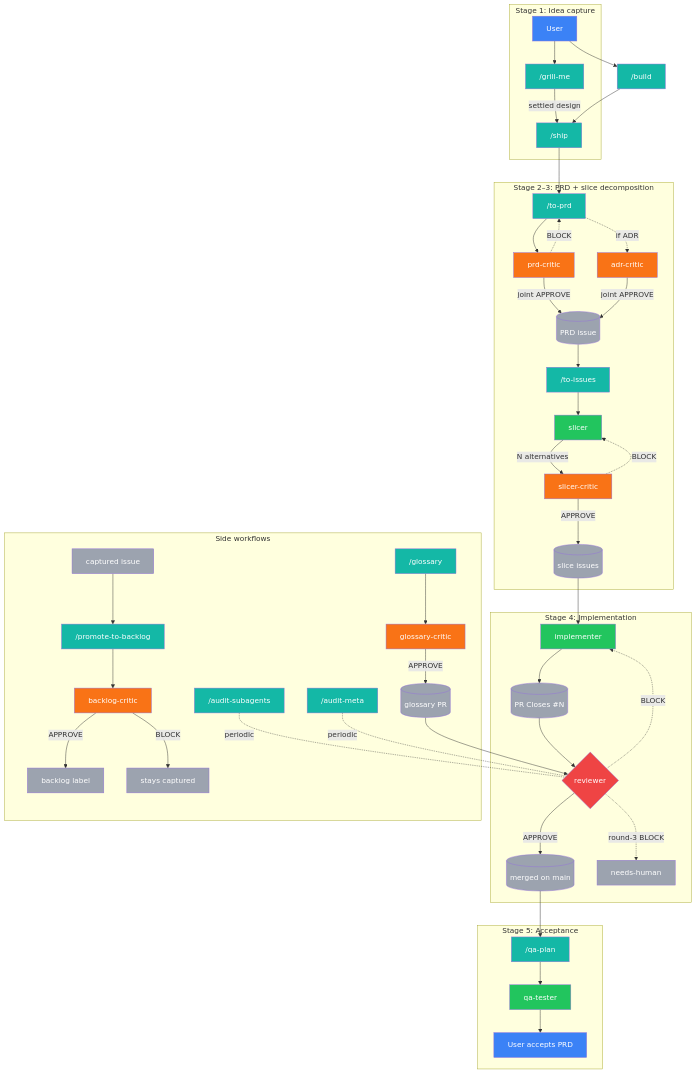
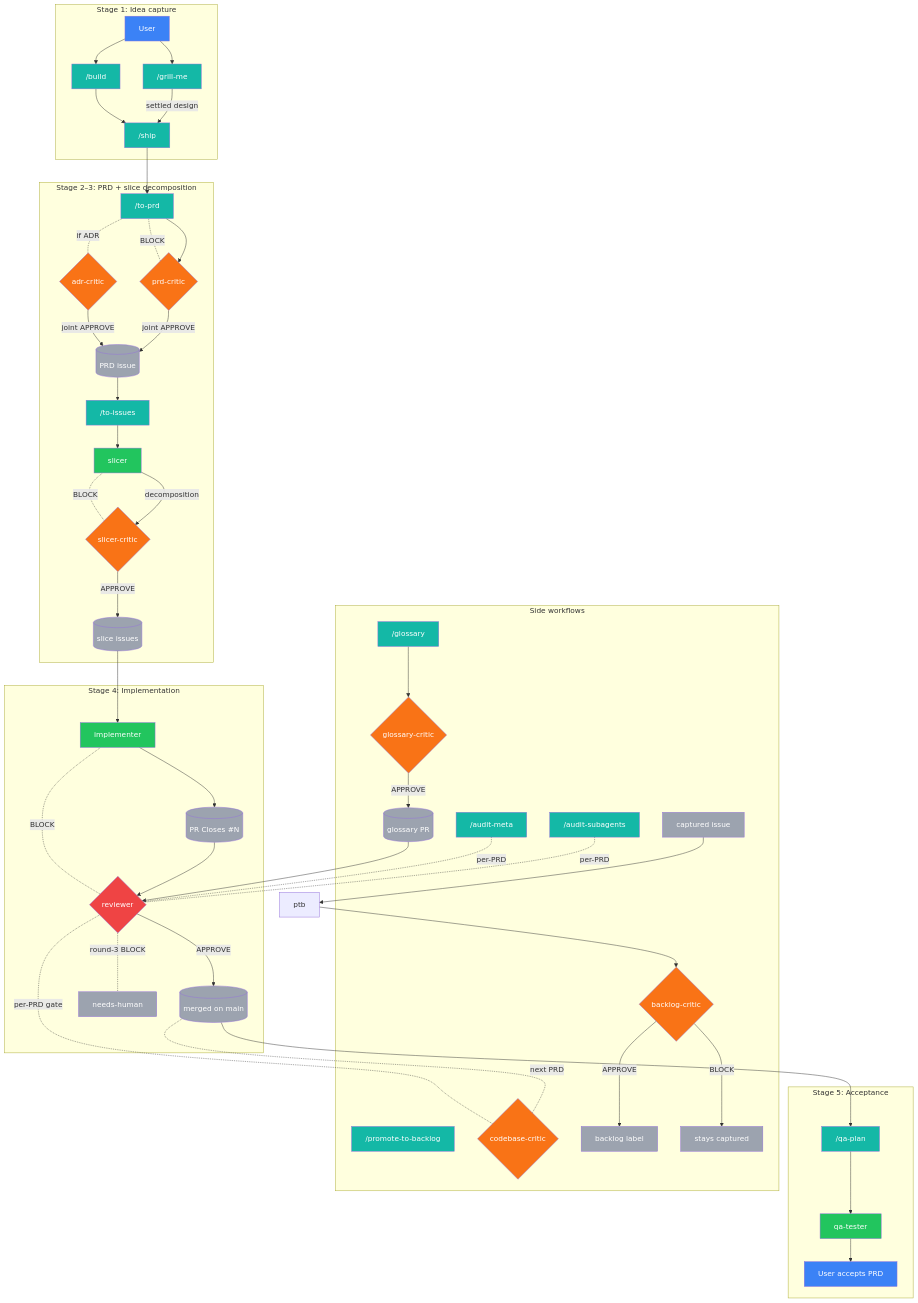
One commit to vojtech-stas/project-claude changed the diagram in README.md. Above: the diagram before and after it, drawn with Mermaid. The commit also changed other lines of this file and 4 other files, not shown here.

First line of the commit message:
feat(docs): render pipeline mermaid from spec + ADR-0047

````diff
--- a/README.md
+++ b/README.md
@@ -107,48 +107,81 @@
 ```mermaid
 flowchart TD
   subgraph S1["Stage 1: Idea capture"]
-    U1[User] --> grill_me["/grill-me"]
-    grill_me -->|settled design| ship["/ship"]
+    U1[User]
+    build["/build"]
+    grill_me["/grill-me"]
+    ship["/ship"]
   end
   subgraph S2["Stage 2–3: PRD + slice decomposition"]
-    ship --> to_prd["/to-prd"]
-    to_prd --> prd_critic[prd-critic]
-    to_prd -.if ADR.-> adr_critic[adr-critic]
-    prd_critic -->|joint APPROVE| prd_issue[(PRD issue)]
-    adr_critic -->|joint APPROVE| prd_issue
-    prd_critic -.BLOCK.-> to_prd
-    prd_issue --> to_issues["/to-issues"]
-    to_issues --> slicer[slicer]
-    slicer -->|N alternatives| slicer_critic[slicer-critic]
-    slicer_critic -->|APPROVE| slice_issues[(slice issues)]
-    slicer_critic -.BLOCK.-> slicer
+    to_prd["/to-prd"]
+    prd_critic{prd-critic}
+    adr_critic{adr-critic}
+    to_issues["/to-issues"]
+    slicer[slicer]
+    slicer_critic{slicer-critic}
+    prd_issue[(PRD issue)]
+    slice_issues[(slice issues)]
   end
   subgraph S3["Stage 4: Implementation"]
-    slice_issues --> implementer[implementer]
-    implementer --> pr[(PR Closes #N)]
-    pr --> reviewer{reviewer}
-    reviewer -->|APPROVE| merge[(merged on main)]
-    reviewer -.BLOCK.-> implementer
-    reviewer -.round-3 BLOCK.-> nh[needs-human]
+    implementer[implementer]
+    reviewer{reviewer}
+    pr[(PR Closes #N)]
+    merge[(merged on main)]
+    nh[needs-human]
   end
   subgraph S4["Stage 5: Acceptance"]
-    merge --> qa_plan["/qa-plan"]
-    qa_plan --> qa_tester[qa-tester]
-    qa_tester --> U2[User accepts PRD]
+    qa_plan["/qa-plan"]
+    qa_tester[qa-tester]
+    U2[User accepts PRD]
   end
   subgraph SS["Side workflows"]
-    audit_subagents["/audit-subagents"] -.periodic.- reviewer
-    audit_meta["/audit-meta"] -.periodic.- reviewer
-    glossary["/glossary"] --> glossary_critic[glossary-critic]
-    glossary_critic -->|APPROVE| glossary_pr[(glossary PR)]
-    glossary_pr --> reviewer
-    cap[captured issue] --> ptb["/promote-to-backlog"]
-    ptb --> backlog_critic[backlog-critic]
-    backlog_critic -->|APPROVE| bl[backlog label]
-    backlog_critic -->|BLOCK| capstay[stays captured]
+    glossary["/glossary"]
+    glossary_critic{glossary-critic}
+    promote_to_backlog["/promote-to-backlog"]
+    backlog_critic{backlog-critic}
+    audit_meta["/audit-meta"]
+    audit_subagents["/audit-subagents"]
+    codebase_critic{codebase-critic}
+    glossary_pr[(glossary PR)]
+    cap[captured issue]
+    bl[backlog label]
+    capstay[stays captured]
   end
-  build["/build"] --> ship
+  U1 --> grill_me
+  grill_me -->|settled design| ship
   U1 --> build
+  build --> ship
+  ship --> to_prd
+  to_prd --> prd_critic
+  to_prd -.if ADR.- adr_critic
+  prd_critic -->|joint APPROVE| prd_issue
+  adr_critic -->|joint APPROVE| prd_issue
+  prd_critic -.BLOCK.- to_prd
+  prd_issue --> to_issues
+  to_issues --> slicer
+  slicer -->|decomposition| slicer_critic
+  slicer_critic -->|APPROVE| slice_issues
+  slicer_critic -.BLOCK.- slicer
+  slice_issues --> implementer
+  implementer --> pr
+  pr --> reviewer
+  reviewer -->|APPROVE| merge
+  reviewer -.BLOCK.- implementer
+  reviewer -.round-3 BLOCK.- nh
+  merge --> qa_plan
+  qa_plan --> qa_tester
+  qa_tester --> U2
+  audit_subagents -.per-PRD.- reviewer
+  audit_meta -.per-PRD.- reviewer
+  glossary --> glossary_critic
+  glossary_critic -->|APPROVE| glossary_pr
+  glossary_pr --> reviewer
+  cap --> ptb
+  ptb --> backlog_critic
+  backlog_critic -->|APPROVE| bl
+  backlog_critic -->|BLOCK| capstay
+  codebase_critic -.per-PRD gate.- reviewer
+  merge -.next PRD.- codebase_critic
   classDef human fill:#3b82f6,color:#fff
   classDef skill fill:#14b8a6,color:#fff
   classDef gen fill:#22c55e,color:#fff
@@ -156,9 +189,9 @@
   classDef reviewer_cls fill:#ef4444,color:#fff
   classDef artifact fill:#9ca3af,color:#fff
   class U1,U2 human
-  class grill_me,ship,to_prd,to_issues,qa_plan,audit_subagents,audit_meta,glossary,ptb,build skill
-  class slicer,implementer,qa_tester gen
-  class prd_critic,adr_critic,slicer_critic,glossary_critic,backlog_critic critic
+  class audit_meta,audit_subagents,build,glossary,grill_me,orchestrator,promote_to_backlog,qa_plan,ship,to_issues,to_prd skill
+  class implementer,qa_tester,slicer gen
+  class adr_critic,backlog_critic,codebase_critic,glossary_critic,prd_critic,slicer_critic critic
   class reviewer reviewer_cls
   class prd_issue,slice_issues,pr,merge,nh,glossary_pr,cap,bl,capstay artifact
 ```
````
